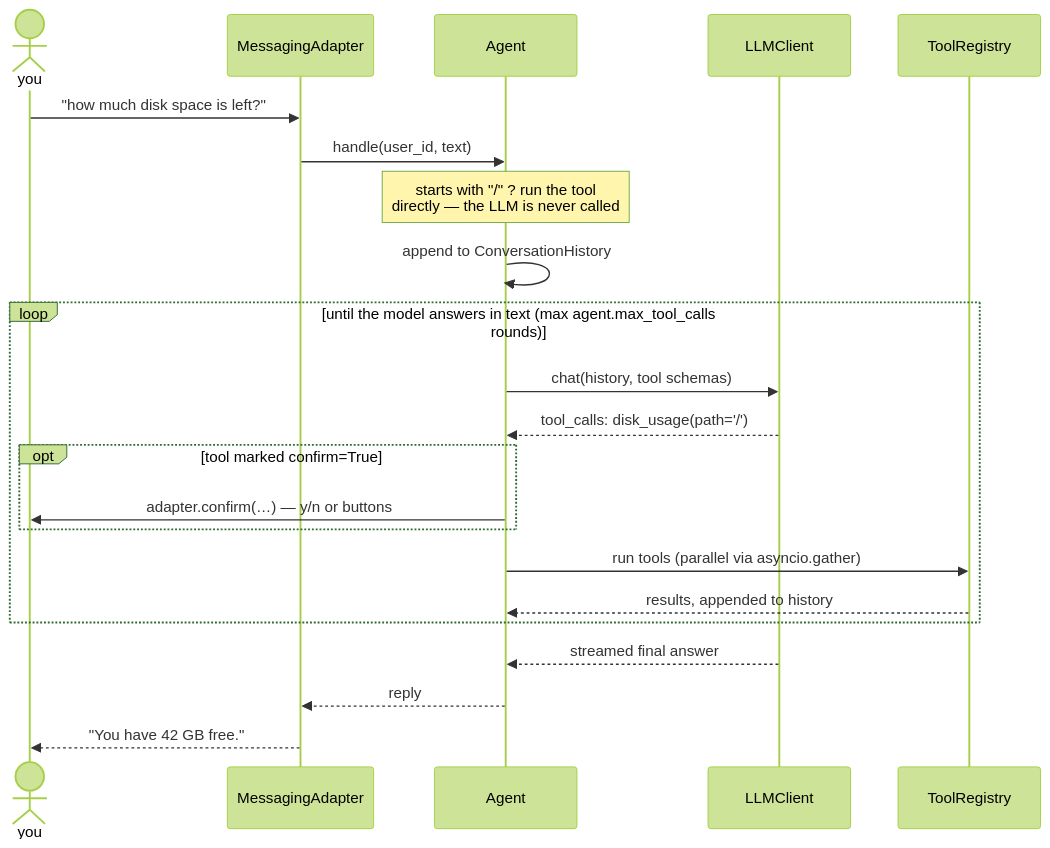
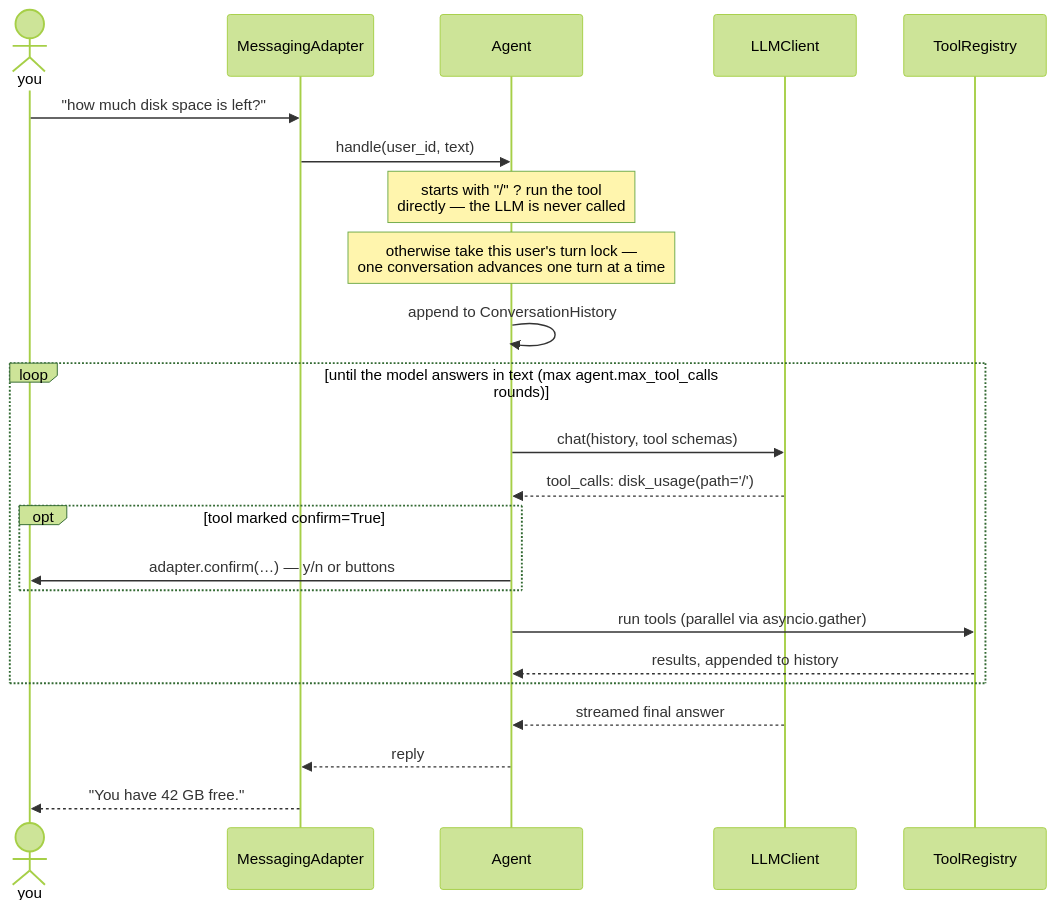
Before and after one commit to lesysbot/lesysbot: the second of 3 diagrams in docs/architecture.md, drawn with Mermaid (forest theme). The commit also changed other lines of this file and 2 other files, not shown here.

First line of the commit message:
docs: document the per-user turn lock

````diff
--- a/docs/architecture.md
+++ b/docs/architecture.md
@@ -95,25 +95,26 @@
 ```mermaid
 sequenceDiagram
     actor you
     participant adapter as MessagingAdapter
     participant agent as Agent
     participant llm as LLMClient
     participant registry as ToolRegistry
 
     you->>adapter: "how much disk space is left?"
     adapter->>agent: handle(user_id, text)
     Note over agent: starts with "/" ? run the tool<br>directly — the LLM is never called
+    Note over agent: otherwise take this user's turn lock —<br>one conversation advances one turn at a time
     agent->>agent: append to ConversationHistory
     loop until the model answers in text (max agent.max_tool_calls rounds)
         agent->>llm: chat(history, tool schemas)
         llm-->>agent: tool_calls: disk_usage(path='/')
         opt tool marked confirm=True
             agent->>you: adapter.confirm(…) — y/n or buttons
         end
         agent->>registry: run tools (parallel via asyncio.gather)
         registry-->>agent: results, appended to history
     end
     llm-->>agent: streamed final answer
     agent-->>adapter: reply
     adapter-->>you: "You have 42 GB free."
 ```
````
